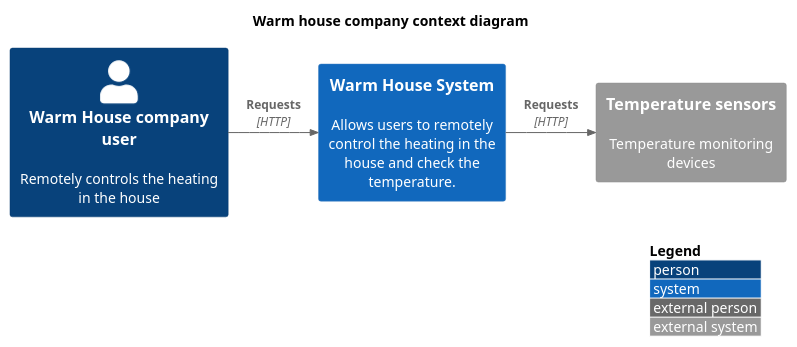
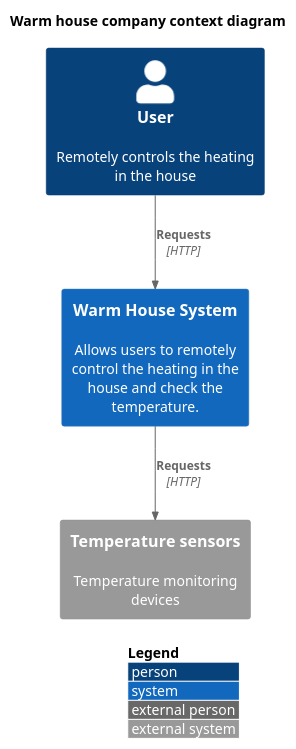
One commit to winmord/architecture-pro-warmhouse changed the diagram in diagrams/context/context.plantuml. Above: the diagram before and after it, drawn with PlantUML. The commit also changed 2 other files, not shown here.

```diff
--- a/diagrams/context/context.plantuml
+++ b/diagrams/context/context.plantuml
@@ -1,15 +1,15 @@
 @startuml
 !include ../C4_Context.puml
 LAYOUT_WITH_LEGEND()
 
 title Warm house company context diagram
 
-Person(user, "Warm House company user", "Remotely controls the heating in the house")
+Person(user, "User", "Remotely controls the heating in the house")
 
 System(warmhouse_system, "Warm House System", "Allows users to remotely control the heating in the house and check the temperature.")
 System_Ext(warmhouse_device, "Temperature sensors", "Temperature monitoring devices")
 
-Rel_Neighbor(user, warmhouse_system, "Requests", "HTTP")
-Rel_Neighbor(warmhouse_system, warmhouse_device, "Requests", "HTTP")
+Rel_Down(user, warmhouse_system, "Requests", "HTTP")
+Rel_Down(warmhouse_system, warmhouse_device, "Requests", "HTTP")
 
 @enduml
```
